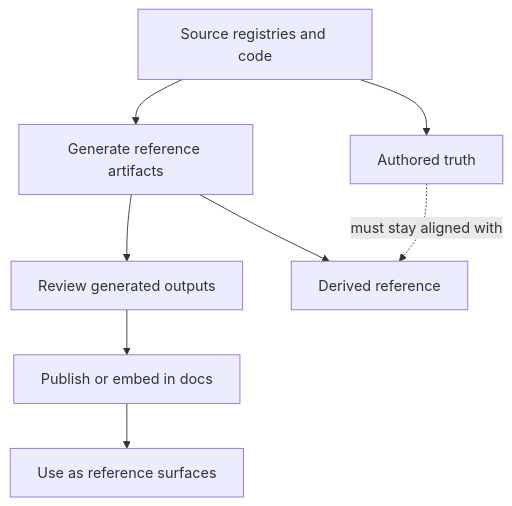
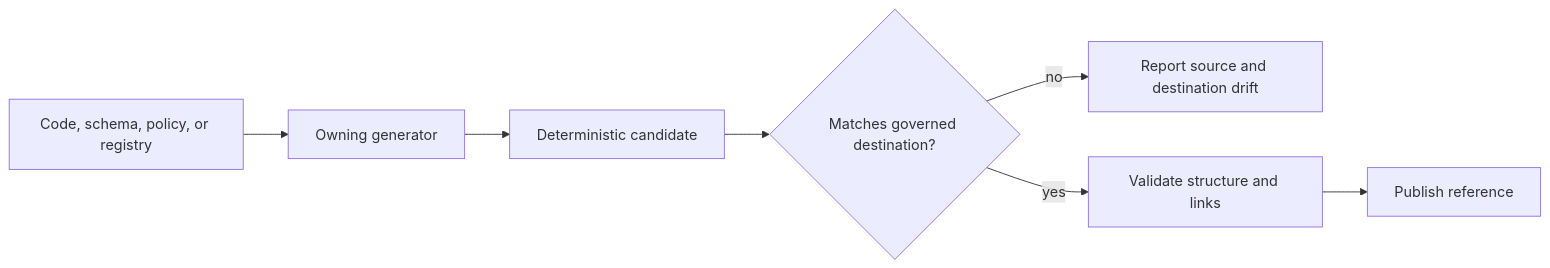
Before and after one commit to bijux/bijux-atlas: the diagram in docs/bijux-atlas-dev/automation/generated-reference-workflows.md, drawn with Mermaid. The commit also changed other lines of this file and 2 other files, not shown here.

Commit message:
docs(automation): define routing effects and generated authority

````diff
--- a/docs/bijux-atlas-dev/automation/generated-reference-workflows.md
+++ b/docs/bijux-atlas-dev/automation/generated-reference-workflows.md
@@ -17,11 +19,9 @@
 ```mermaid
-flowchart TD
-    Source[Source registries and code] --> Generate[Generate reference artifacts]
-    Generate --> Review[Review generated outputs]
-    Review --> Publish[Publish or embed in docs]
-    Publish --> Use[Use as reference surfaces]
-
-    Source --> Authored[Authored truth]
-    Generate --> Derived[Derived reference]
-    Authored -. must stay aligned with .-> Derived
+flowchart LR
+    Authority[Code, schema, policy, or registry] --> Generator[Owning generator]
+    Generator --> Candidate[Deterministic candidate]
+    Candidate --> Compare{Matches governed destination?}
+    Compare -->|no| Drift[Report source and destination drift]
+    Compare -->|yes| Validate[Validate structure and links]
+    Validate --> Publish[Publish reference]
 ```
````
